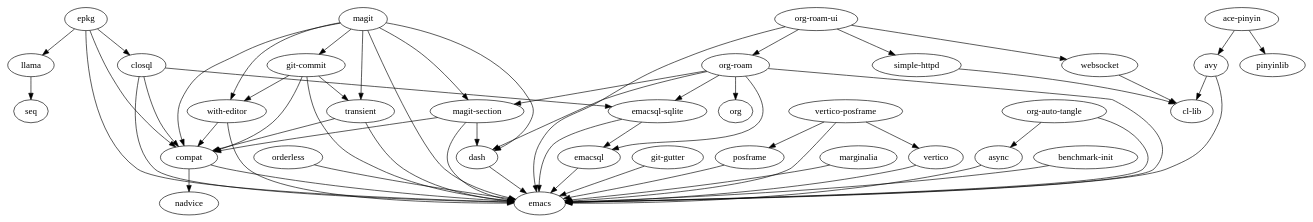
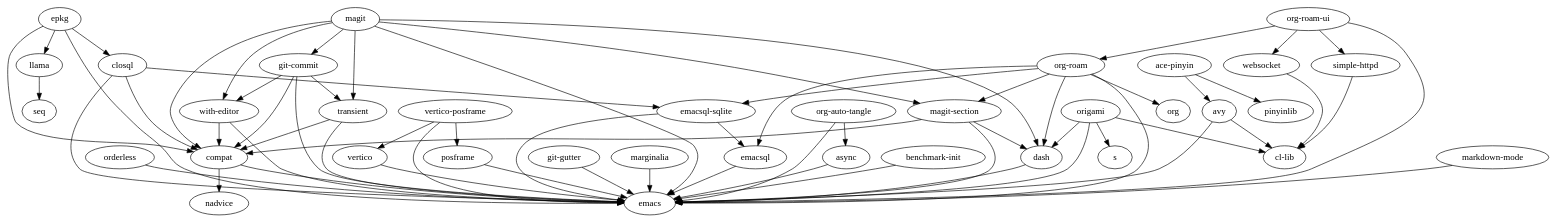
Before and after one commit to suliveevil/emacs.d: the diagram in assets/emacs-package-dependency.dot, drawn with Graphviz. The commit also changed 9 other files, not shown here.

```diff
--- a/assets/emacs-package-dependency.dot
+++ b/assets/emacs-package-dependency.dot
@@ -1,61 +1,66 @@
 digraph G {"epkg" -> "emacs";
 "epkg" -> "compat";
 "epkg" -> "closql";
 "epkg" -> "llama";
 "emacsql" -> "emacs";
+"markdown-mode" -> "emacs";
 "websocket" -> "cl-lib";
 "orderless" -> "emacs";
 "transient" -> "emacs";
 "transient" -> "compat";
 "org-roam" -> "emacs";
 "org-roam" -> "dash";
 "org-roam" -> "org";
 "org-roam" -> "emacsql";
 "org-roam" -> "emacsql-sqlite";
 "org-roam" -> "magit-section";
 "posframe" -> "emacs";
 "magit" -> "emacs";
 "magit" -> "compat";
 "magit" -> "dash";
 "magit" -> "git-commit";
 "magit" -> "magit-section";
 "magit" -> "transient";
 "magit" -> "with-editor";
 "vertico" -> "emacs";
 "ace-pinyin" -> "avy";
 "ace-pinyin" -> "pinyinlib";
 "magit-section" -> "emacs";
 "magit-section" -> "compat";
 "magit-section" -> "dash";
 "compat" -> "emacs";
 "compat" -> "nadvice";
 "simple-httpd" -> "cl-lib";
 "git-gutter" -> "emacs";
+"marginalia" -> "emacs";
 "dash" -> "emacs";
 "closql" -> "emacs";
 "closql" -> "compat";
 "closql" -> "emacsql-sqlite";
 "with-editor" -> "emacs";
 "with-editor" -> "compat";
 "git-commit" -> "emacs";
 "git-commit" -> "compat";
 "git-commit" -> "transient";
 "git-commit" -> "with-editor";
 "async" -> "emacs";
+"origami" -> "s";
+"origami" -> "dash";
+"origami" -> "emacs";
+"origami" -> "cl-lib";
 "avy" -> "emacs";
 "avy" -> "cl-lib";
 "vertico-posframe" -> "emacs";
 "vertico-posframe" -> "posframe";
 "vertico-posframe" -> "vertico";
-"marginalia" -> "emacs";
 "org-auto-tangle" -> "emacs";
 "org-auto-tangle" -> "async";
 "org-roam-ui" -> "emacs";
 "org-roam-ui" -> "org-roam";
 "org-roam-ui" -> "simple-httpd";
 "org-roam-ui" -> "websocket";
 "emacsql-sqlite" -> "emacs";
 "emacsql-sqlite" -> "emacsql";
 "benchmark-init" -> "emacs";
 "llama" -> "seq";
 }
```
